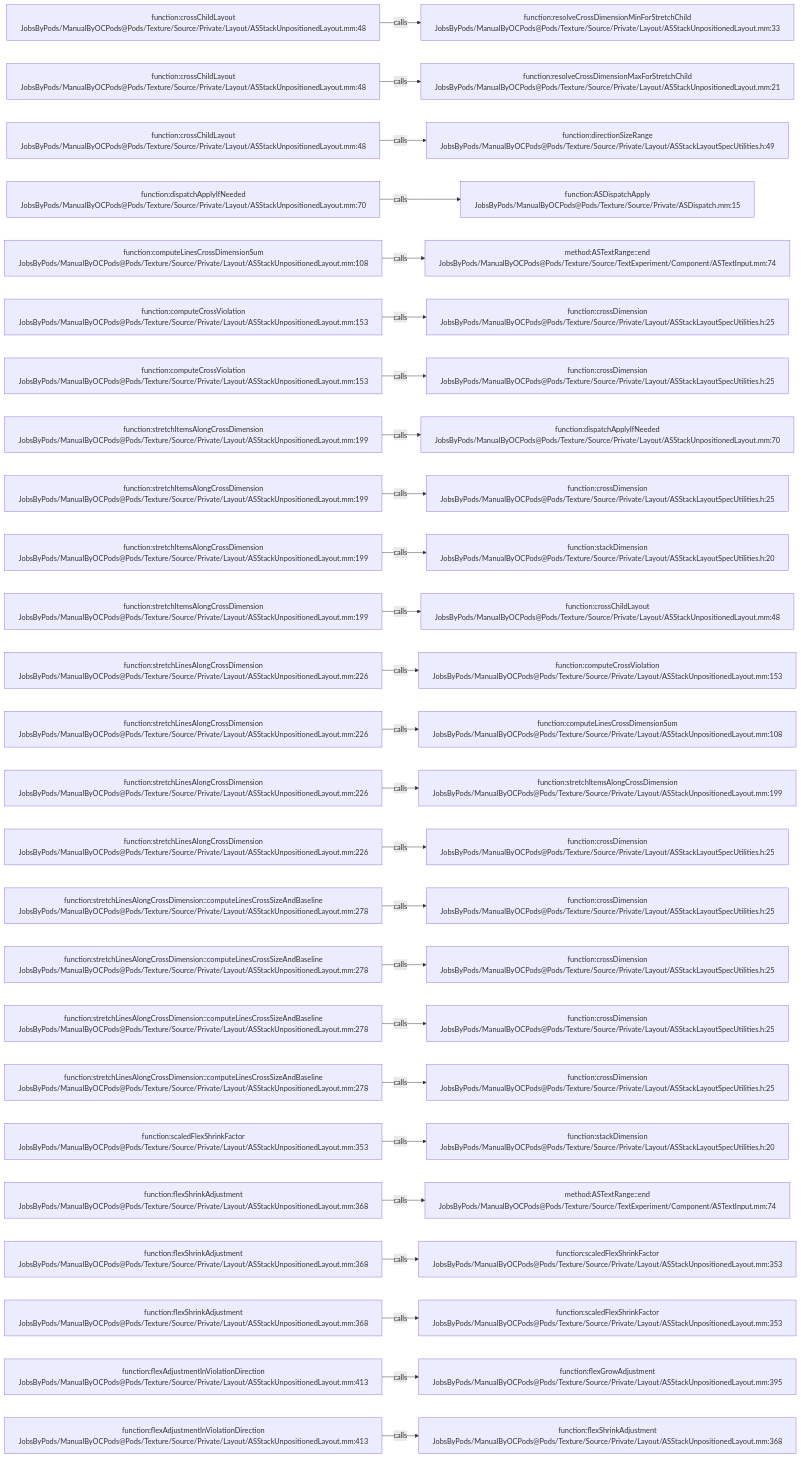
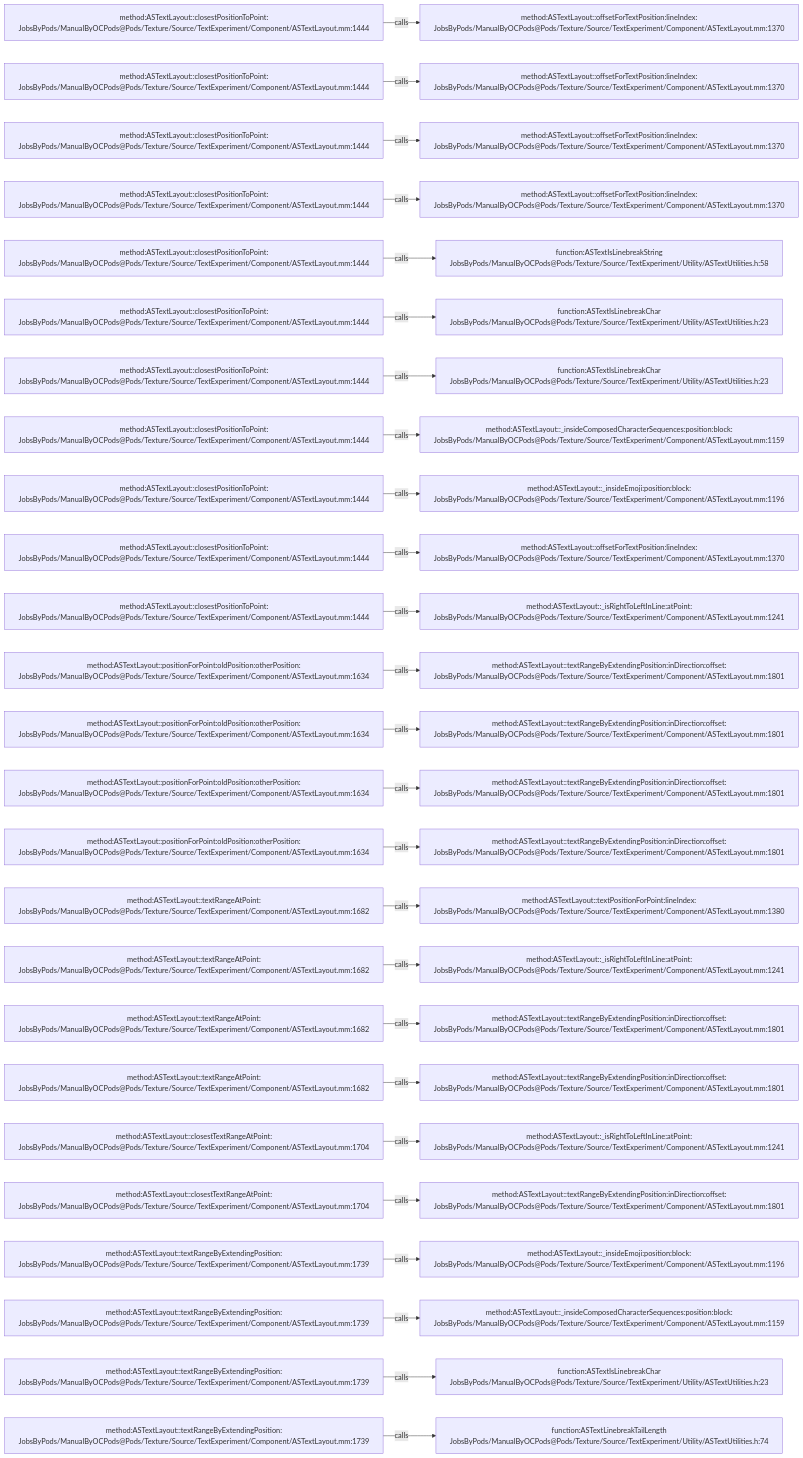
One commit to JobsKits/JobsOCBaseConfigDemo changed the diagram in .codegraph/codegraph.md/graphs/calls-186.md. Above: the diagram before and after it, drawn with Mermaid. The commit also changed 2723 other files, not shown here.

````diff
--- a/.codegraph/codegraph.md/graphs/calls-186.md
+++ b/.codegraph/codegraph.md/graphs/calls-186.md
@@ -13,78 +13,78 @@
 ```mermaid
 flowchart LR
-  S1["function:crossChildLayout<br/>JobsByPods/ManualByOCPods@Pods/Texture/Source/Private/Layout/ASStackUnpositionedLayout.mm:48"]
-  T1["function:resolveCrossDimensionMinForStretchChild<br/>JobsByPods/ManualByOCPods@Pods/Texture/Source/Private/Layout/ASStackUnpositionedLayout.mm:33"]
+  S1["method:ASTextLayout::closestPositionToPoint:<br/>JobsByPods/ManualByOCPods@Pods/Texture/Source/TextExperiment/Component/ASTextLayout.mm:1444"]
+  T1["method:ASTextLayout::offsetForTextPosition:lineIndex:<br/>JobsByPods/ManualByOCPods@Pods/Texture/Source/TextExperiment/Component/ASTextLayout.mm:1370"]
   S1 -->|calls| T1
-  S2["function:crossChildLayout<br/>JobsByPods/ManualByOCPods@Pods/Texture/Source/Private/Layout/ASStackUnpositionedLayout.mm:48"]
-  T2["function:resolveCrossDimensionMaxForStretchChild<br/>JobsByPods/ManualByOCPods@Pods/Texture/Source/Private/Layout/ASStackUnpositionedLayout.mm:21"]
+  S2["method:ASTextLayout::closestPositionToPoint:<br/>JobsByPods/ManualByOCPods@Pods/Texture/Source/TextExperiment/Component/ASTextLayout.mm:1444"]
+  T2["method:ASTextLayout::offsetForTextPosition:lineIndex:<br/>JobsByPods/ManualByOCPods@Pods/Texture/Source/TextExperiment/Component/ASTextLayout.mm:1370"]
   S2 -->|calls| T2
-  S3["function:crossChildLayout<br/>JobsByPods/ManualByOCPods@Pods/Texture/Source/Private/Layout/ASStackUnpositionedLayout.mm:48"]
-  T3["function:directionSizeRange<br/>JobsByPods/ManualByOCPods@Pods/Texture/Source/Private/Layout/ASStackLayoutSpecUtilities.h:49"]
+  S3["method:ASTextLayout::closestPositionToPoint:<br/>JobsByPods/ManualByOCPods@Pods/Texture/Source/TextExperiment/Component/ASTextLayout.mm:1444"]
+  T3["method:ASTextLayout::offsetForTextPosition:lineIndex:<br/>JobsByPods/ManualByOCPods@Pods/Texture/Source/TextExperiment/Component/ASTextLayout.mm:1370"]
   S3 -->|calls| T3
-  S4["function:dispatchApplyIfNeeded<br/>JobsByPods/ManualByOCPods@Pods/Texture/Source/Private/Layout/ASStackUnpositionedLayout.mm:70"]
-  T4["function:ASDispatchApply<br/>JobsByPods/ManualByOCPods@Pods/Texture/Source/Private/ASDispatch.mm:15"]
+  S4["method:ASTextLayout::closestPositionToPoint:<br/>JobsByPods/ManualByOCPods@Pods/Texture/Source/TextExperiment/Component/ASTextLayout.mm:1444"]
+  T4["method:ASTextLayout::offsetForTextPosition:lineIndex:<br/>JobsByPods/ManualByOCPods@Pods/Texture/Source/TextExperiment/Component/ASTextLayout.mm:1370"]
   S4 -->|calls| T4
-  S5["function:computeLinesCrossDimensionSum<br/>JobsByPods/ManualByOCPods@Pods/Texture/Source/Private/Layout/ASStackUnpositionedLayout.mm:108"]
-  T5["method:ASTextRange::end<br/>JobsByPods/ManualByOCPods@Pods/Texture/Source/TextExperiment/Component/ASTextInput.mm:74"]
+  S5["method:ASTextLayout::closestPositionToPoint:<br/>JobsByPods/ManualByOCPods@Pods/Texture/Source/TextExperiment/Component/ASTextLayout.mm:1444"]
+  T5["function:ASTextIsLinebreakString<br/>JobsByPods/ManualByOCPods@Pods/Texture/Source/TextExperiment/Utility/ASTextUtilities.h:58"]
   S5 -->|calls| T5
-  S6["function:computeCrossViolation<br/>JobsByPods/ManualByOCPods@Pods/Texture/Source/Private/Layout/ASStackUnpositionedLayout.mm:153"]
-  T6["function:crossDimension<br/>JobsByPods/ManualByOCPods@Pods/Texture/Source/Private/Layout/ASStackLayoutSpecUtilities.h:25"]
+  S6["method:ASTextLayout::closestPositionToPoint:<br/>JobsByPods/ManualByOCPods@Pods/Texture/Source/TextExperiment/Component/ASTextLayout.mm:1444"]
+  T6["function:ASTextIsLinebreakChar<br/>JobsByPods/ManualByOCPods@Pods/Texture/Source/TextExperiment/Utility/ASTextUtilities.h:23"]
   S6 -->|calls| T6
-  S7["function:computeCrossViolation<br/>JobsByPods/ManualByOCPods@Pods/Texture/Source/Private/Layout/ASStackUnpositionedLayout.mm:153"]
-  T7["function:crossDimension<br/>JobsByPods/ManualByOCPods@Pods/Texture/Source/Private/Layout/ASStackLayoutSpecUtilities.h:25"]
+  S7["method:ASTextLayout::closestPositionToPoint:<br/>JobsByPods/ManualByOCPods@Pods/Texture/Source/TextExperiment/Component/ASTextLayout.mm:1444"]
+  T7["function:ASTextIsLinebreakChar<br/>JobsByPods/ManualByOCPods@Pods/Texture/Source/TextExperiment/Utility/ASTextUtilities.h:23"]
   S7 -->|calls| T7
-  S8["function:stretchItemsAlongCrossDimension<br/>JobsByPods/ManualByOCPods@Pods/Texture/Source/Private/Layout/ASStackUnpositionedLayout.mm:199"]
-  T8["function:dispatchApplyIfNeeded<br/>JobsByPods/ManualByOCPods@Pods/Texture/Source/Private/Layout/ASStackUnpositionedLayout.mm:70"]
+  S8["method:ASTextLayout::closestPositionToPoint:<br/>JobsByPods/ManualByOCPods@Pods/Texture/Source/TextExperiment/Component/ASTextLayout.mm:1444"]
+  T8["method:ASTextLayout::_insideComposedCharacterSequences:position:block:<br/>JobsByPods/ManualByOCPods@Pods/Texture/Source/TextExperiment/Component/ASTextLayout.mm:1159"]
   S8 -->|calls| T8
-  S9["function:stretchItemsAlongCrossDimension<br/>JobsByPods/ManualByOCPods@Pods/Texture/Source/Private/Layout/ASStackUnpositionedLayout.mm:199"]
-  T9["function:crossDimension<br/>JobsByPods/ManualByOCPods@Pods/Texture/Source/Private/Layout/ASStackLayoutSpecUtilities.h:25"]
+  S9["method:ASTextLayout::closestPositionToPoint:<br/>JobsByPods/ManualByOCPods@Pods/Texture/Source/TextExperiment/Component/ASTextLayout.mm:1444"]
+  T9["method:ASTextLayout::_insideEmoji:position:block:<br/>JobsByPods/ManualByOCPods@Pods/Texture/Source/TextExperiment/Component/ASTextLayout.mm:1196"]
   S9 -->|calls| T9
-  S10["function:stretchItemsAlongCrossDimension<br/>JobsByPods/ManualByOCPods@Pods/Texture/Source/Private/Layout/ASStackUnpositionedLayout.mm:199"]
-  T10["function:stackDimension<br/>JobsByPods/ManualByOCPods@Pods/Texture/Source/Private/Layout/ASStackLayoutSpecUtilities.h:20"]
+  S10["method:ASTextLayout::closestPositionToPoint:<br/>JobsByPods/ManualByOCPods@Pods/Texture/Source/TextExperiment/Component/ASTextLayout.mm:1444"]
+  T10["method:ASTextLayout::offsetForTextPosition:lineIndex:<br/>JobsByPods/ManualByOCPods@Pods/Texture/Source/TextExperiment/Component/ASTextLayout.mm:1370"]
   S10 -->|calls| T10
-  S11["function:stretchItemsAlongCrossDimension<br/>JobsByPods/ManualByOCPods@Pods/Texture/Source/Private/Layout/ASStackUnpositionedLayout.mm:199"]
-  T11["function:crossChildLayout<br/>JobsByPods/ManualByOCPods@Pods/Texture/Source/Private/Layout/ASStackUnpositionedLayout.mm:48"]
+  S11["method:ASTextLayout::closestPositionToPoint:<br/>JobsByPods/ManualByOCPods@Pods/Texture/Source/TextExperiment/Component/ASTextLayout.mm:1444"]
+  T11["method:ASTextLayout::_isRightToLeftInLine:atPoint:<br/>JobsByPods/ManualByOCPods@Pods/Texture/Source/TextExperiment/Component/ASTextLayout.mm:1241"]
   S11 -->|calls| T11
-  S12["function:stretchLinesAlongCrossDimension<br/>JobsByPods/ManualByOCPods@Pods/Texture/Source/Private/Layout/ASStackUnpositionedLayout.mm:226"]
-  T12["function:computeCrossViolation<br/>JobsByPods/ManualByOCPods@Pods/Texture/Source/Private/Layout/ASStackUnpositionedLayout.mm:153"]
+  S12["method:ASTextLayout::positionForPoint:oldPosition:otherPosition:<br/>JobsByPods/ManualByOCPods@Pods/Texture/Source/TextExperiment/Component/ASTextLayout.mm:1634"]
+  T12["method:ASTextLayout::textRangeByExtendingPosition:inDirection:offset:<br/>JobsByPods/ManualByOCPods@Pods/Texture/Source/TextExperiment/Component/ASTextLayout.mm:1801"]
   S12 -->|calls| T12
-  S13["function:stretchLinesAlongCrossDimension<br/>JobsByPods/ManualByOCPods@Pods/Texture/Source/Private/Layout/ASStackUnpositionedLayout.mm:226"]
-  T13["function:computeLinesCrossDimensionSum<br/>JobsByPods/ManualByOCPods@Pods/Texture/Source/Private/Layout/ASStackUnpositionedLayout.mm:108"]
+  S13["method:ASTextLayout::positionForPoint:oldPosition:otherPosition:<br/>JobsByPods/ManualByOCPods@Pods/Texture/Source/TextExperiment/Component/ASTextLayout.mm:1634"]
+  T13["method:ASTextLayout::textRangeByExtendingPosition:inDirection:offset:<br/>JobsByPods/ManualByOCPods@Pods/Texture/Source/TextExperiment/Component/ASTextLayout.mm:1801"]
   S13 -->|calls| T13
-  S14["function:stretchLinesAlongCrossDimension<br/>JobsByPods/ManualByOCPods@Pods/Texture/Source/Private/Layout/ASStackUnpositionedLayout.mm:226"]
-  T14["function:stretchItemsAlongCrossDimension<br/>JobsByPods/ManualByOCPods@Pods/Texture/Source/Private/Layout/ASStackUnpositionedLayout.mm:199"]
+  S14["method:ASTextLayout::positionForPoint:oldPosition:otherPosition:<br/>JobsByPods/ManualByOCPods@Pods/Texture/Source/TextExperiment/Component/ASTextLayout.mm:1634"]
+  T14["method:ASTextLayout::textRangeByExtendingPosition:inDirection:offset:<br/>JobsByPods/ManualByOCPods@Pods/Texture/Source/TextExperiment/Component/ASTextLayout.mm:1801"]
   S14 -->|calls| T14
-  S15["function:stretchLinesAlongCrossDimension<br/>JobsByPods/ManualByOCPods@Pods/Texture/Source/Private/Layout/ASStackUnpositionedLayout.mm:226"]
-  T15["function:crossDimension<br/>JobsByPods/ManualByOCPods@Pods/Texture/Source/Private/Layout/ASStackLayoutSpecUtilities.h:25"]
+  S15["method:ASTextLayout::positionForPoint:oldPosition:otherPosition:<br/>JobsByPods/ManualByOCPods@Pods/Texture/Source/TextExperiment/Component/ASTextLayout.mm:1634"]
+  T15["method:ASTextLayout::textRangeByExtendingPosition:inDirection:offset:<br/>JobsByPods/ManualByOCPods@Pods/Texture/Source/TextExperiment/Component/ASTextLayout.mm:1801"]
   S15 -->|calls| T15
-  S16["function:stretchLinesAlongCrossDimension::computeLinesCrossSizeAndBaseline<br/>JobsByPods/ManualByOCPods@Pods/Texture/Source/Private/Layout/ASStackUnpositionedLayout.mm:278"]
-  T16["function:crossDimension<br/>JobsByPods/ManualByOCPods@Pods/Texture/Source/Private/Layout/ASStackLayoutSpecUtilities.h:25"]
+  S16["method:ASTextLayout::textRangeAtPoint:<br/>JobsByPods/ManualByOCPods@Pods/Texture/Source/TextExperiment/Component/ASTextLayout.mm:1682"]
+  T16["method:ASTextLayout::textPositionForPoint:lineIndex:<br/>JobsByPods/ManualByOCPods@Pods/Texture/Source/TextExperiment/Component/ASTextLayout.mm:1380"]
   S16 -->|calls| T16
-  S17["function:stretchLinesAlongCrossDimension::computeLinesCrossSizeAndBaseline<br/>JobsByPods/ManualByOCPods@Pods/Texture/Source/Private/Layout/ASStackUnpositionedLayout.mm:278"]
-  T17["function:crossDimension<br/>JobsByPods/ManualByOCPods@Pods/Texture/Source/Private/Layout/ASStackLayoutSpecUtilities.h:25"]
+  S17["method:ASTextLayout::textRangeAtPoint:<br/>JobsByPods/ManualByOCPods@Pods/Texture/Source/TextExperiment/Component/ASTextLayout.mm:1682"]
+  T17["method:ASTextLayout::_isRightToLeftInLine:atPoint:<br/>JobsByPods/ManualByOCPods@Pods/Texture/Source/TextExperiment/Component/ASTextLayout.mm:1241"]
   S17 -->|calls| T17
-  S18["function:stretchLinesAlongCrossDimension::computeLinesCrossSizeAndBaseline<br/>JobsByPods/ManualByOCPods@Pods/Texture/Source/Private/Layout/ASStackUnpositionedLayout.mm:278"]
-  T18["function:crossDimension<br/>JobsByPods/ManualByOCPods@Pods/Texture/Source/Private/Layout/ASStackLayoutSpecUtilities.h:25"]
+  S18["method:ASTextLayout::textRangeAtPoint:<br/>JobsByPods/ManualByOCPods@Pods/Texture/Source/TextExperiment/Component/ASTextLayout.mm:1682"]
+  T18["method:ASTextLayout::textRangeByExtendingPosition:inDirection:offset:<br/>JobsByPods/ManualByOCPods@Pods/Texture/Source/TextExperiment/Component/ASTextLayout.mm:1801"]
   S18 -->|calls| T18
-  S19["function:stretchLinesAlongCrossDimension::computeLinesCrossSizeAndBaseline<br/>JobsByPods/ManualByOCPods@Pods/Texture/Source/Private/Layout/ASStackUnpositionedLayout.mm:278"]
-  T19["function:crossDimension<br/>JobsByPods/ManualByOCPods@Pods/Texture/Source/Private/Layout/ASStackLayoutSpecUtilities.h:25"]
+  S19["method:ASTextLayout::textRangeAtPoint:<br/>JobsByPods/ManualByOCPods@Pods/Texture/Source/TextExperiment/Component/ASTextLayout.mm:1682"]
+  T19["method:ASTextLayout::textRangeByExtendingPosition:inDirection:offset:<br/>JobsByPods/ManualByOCPods@Pods/Texture/Source/TextExperiment/Component/ASTextLayout.mm:1801"]
   S19 -->|calls| T19
-  S20["function:scaledFlexShrinkFactor<br/>JobsByPods/ManualByOCPods@Pods/Texture/Source/Private/Layout/ASStackUnpositionedLayout.mm:353"]
-  T20["function:stackDimension<br/>JobsByPods/ManualByOCPods@Pods/Texture/Source/Private/Layout/ASStackLayoutSpecUtilities.h:20"]
+  S20["method:ASTextLayout::closestTextRangeAtPoint:<br/>JobsByPods/ManualByOCPods@Pods/Texture/Source/TextExperiment/Component/ASTextLayout.mm:1704"]
+  T20["method:ASTextLayout::_isRightToLeftInLine:atPoint:<br/>JobsByPods/ManualByOCPods@Pods/Texture/Source/TextExperiment/Component/ASTextLayout.mm:1241"]
   S20 -->|calls| T20
-  S21["function:flexShrinkAdjustment<br/>JobsByPods/ManualByOCPods@Pods/Texture/Source/Private/Layout/ASStackUnpositionedLayout.mm:368"]
-  T21["method:ASTextRange::end<br/>JobsByPods/ManualByOCPods@Pods/Texture/Source/TextExperiment/Component/ASTextInput.mm:74"]
+  S21["method:ASTextLayout::closestTextRangeAtPoint:<br/>JobsByPods/ManualByOCPods@Pods/Texture/Source/TextExperiment/Component/ASTextLayout.mm:1704"]
+  T21["method:ASTextLayout::textRangeByExtendingPosition:inDirection:offset:<br/>JobsByPods/ManualByOCPods@Pods/Texture/Source/TextExperiment/Component/ASTextLayout.mm:1801"]
   S21 -->|calls| T21
-  S22["function:flexShrinkAdjustment<br/>JobsByPods/ManualByOCPods@Pods/Texture/Source/Private/Layout/ASStackUnpositionedLayout.mm:368"]
-  T22["function:scaledFlexShrinkFactor<br/>JobsByPods/ManualByOCPods@Pods/Texture/Source/Private/Layout/ASStackUnpositionedLayout.mm:353"]
+  S22["method:ASTextLayout::textRangeByExtendingPosition:<br/>JobsByPods/ManualByOCPods@Pods/Texture/Source/TextExperiment/Component/ASTextLayout.mm:1739"]
+  T22["method:ASTextLayout::_insideEmoji:position:block:<br/>JobsByPods/ManualByOCPods@Pods/Texture/Source/TextExperiment/Component/ASTextLayout.mm:1196"]
   S22 -->|calls| T22
-  S23["function:flexShrinkAdjustment<br/>JobsByPods/ManualByOCPods@Pods/Texture/Source/Private/Layout/ASStackUnpositionedLayout.mm:368"]
-  T23["function:scaledFlexShrinkFactor<br/>JobsByPods/ManualByOCPods@Pods/Texture/Source/Private/Layout/ASStackUnpositionedLayout.mm:353"]
+  S23["method:ASTextLayout::textRangeByExtendingPosition:<br/>JobsByPods/ManualByOCPods@Pods/Texture/Source/TextExperiment/Component/ASTextLayout.mm:1739"]
+  T23["method:ASTextLayout::_insideComposedCharacterSequences:position:block:<br/>JobsByPods/ManualByOCPods@Pods/Texture/Source/TextExperiment/Component/ASTextLayout.mm:1159"]
   S23 -->|calls| T23
-  S24["function:flexAdjustmentInViolationDirection<br/>JobsByPods/ManualByOCPods@Pods/Texture/Source/Private/Layout/ASStackUnpositionedLayout.mm:413"]
-  T24["function:flexGrowAdjustment<br/>JobsByPods/ManualByOCPods@Pods/Texture/Source/Private/Layout/ASStackUnpositionedLayout.mm:395"]
+  S24["method:ASTextLayout::textRangeByExtendingPosition:<br/>JobsByPods/ManualByOCPods@Pods/Texture/Source/TextExperiment/Component/ASTextLayout.mm:1739"]
+  T24["function:ASTextIsLinebreakChar<br/>JobsByPods/ManualByOCPods@Pods/Texture/Source/TextExperiment/Utility/ASTextUtilities.h:23"]
   S24 -->|calls| T24
-  S25["function:flexAdjustmentInViolationDirection<br/>JobsByPods/ManualByOCPods@Pods/Texture/Source/Private/Layout/ASStackUnpositionedLayout.mm:413"]
-  T25["function:flexShrinkAdjustment<br/>JobsByPods/ManualByOCPods@Pods/Texture/Source/Private/Layout/ASStackUnpositionedLayout.mm:368"]
+  S25["method:ASTextLayout::textRangeByExtendingPosition:<br/>JobsByPods/ManualByOCPods@Pods/Texture/Source/TextExperiment/Component/ASTextLayout.mm:1739"]
+  T25["function:ASTextLinebreakTailLength<br/>JobsByPods/ManualByOCPods@Pods/Texture/Source/TextExperiment/Utility/ASTextUtilities.h:74"]
   S25 -->|calls| T25
 ```
````
